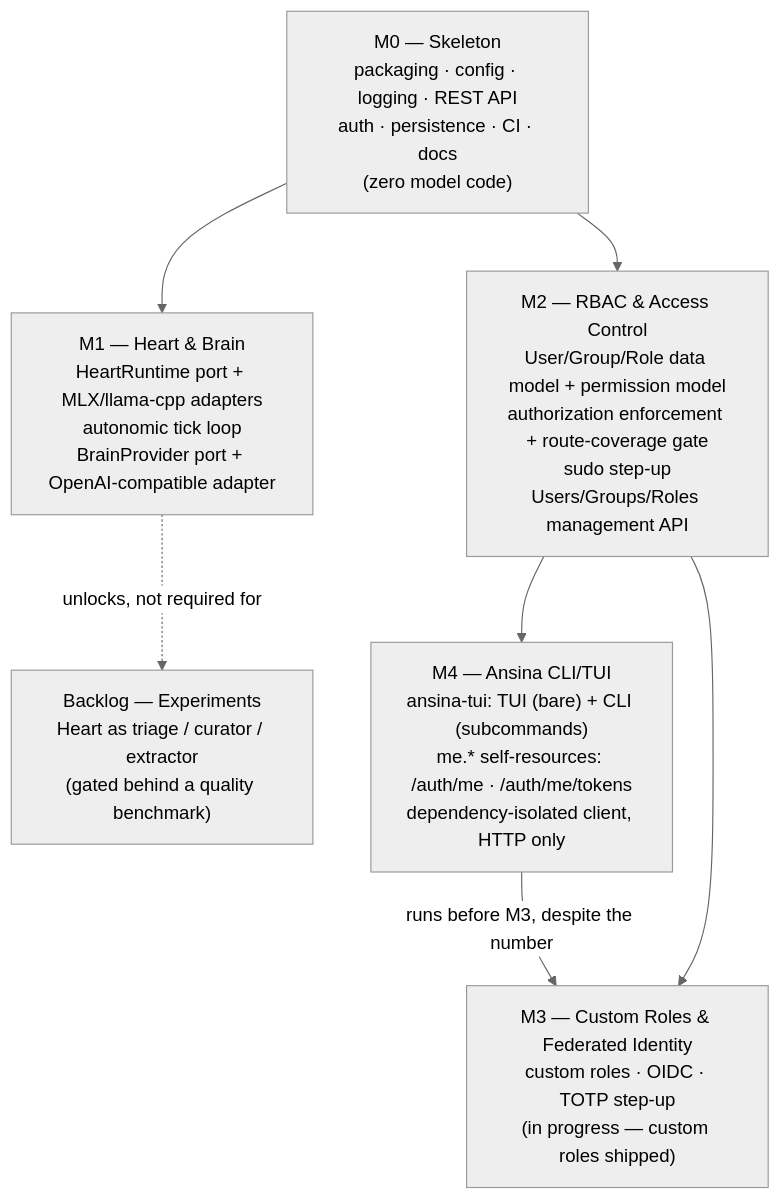
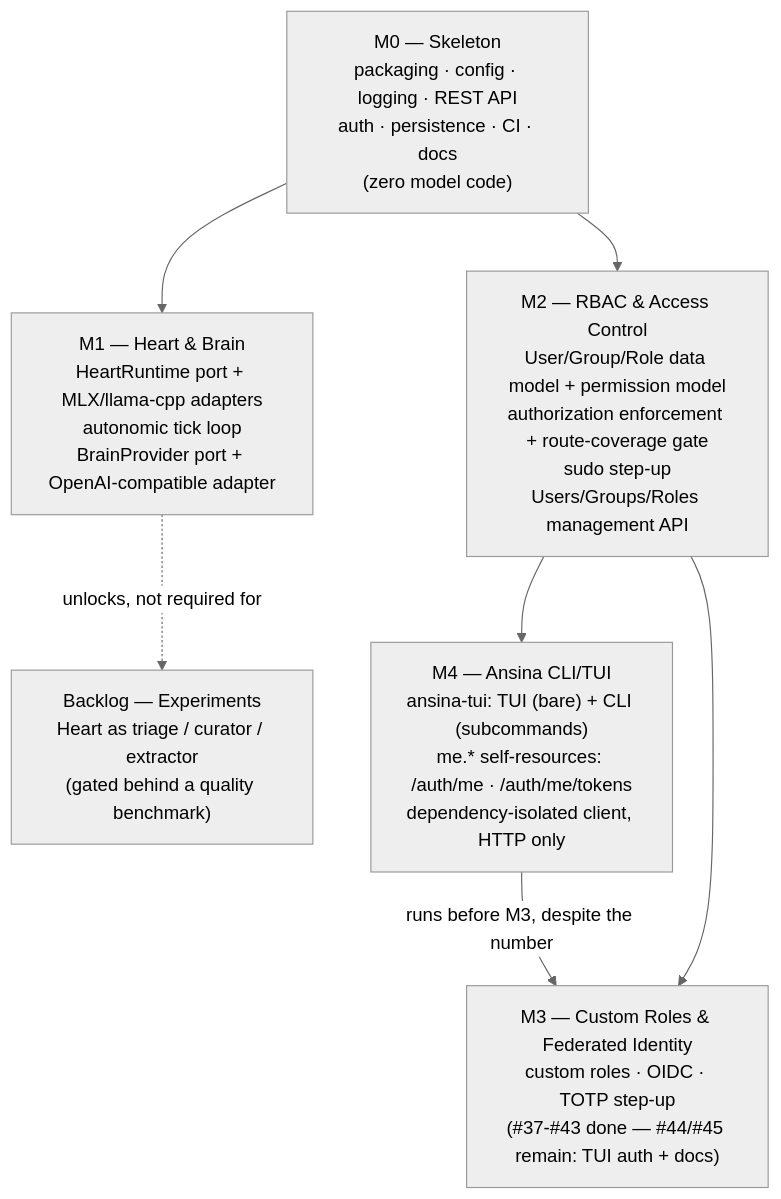
The second of 2 diagrams in docs/architecture/blueprint.md (giacchetta/ansina), drawn with Mermaid (neutral theme) before and after one commit. The commit also changed other lines of this file and 26 other files, not shown here.

Commit message:
feat: OAuth 2.0 / OIDC federated login (login exchange)

````diff
--- a/docs/architecture/blueprint.md
+++ b/docs/architecture/blueprint.md
@@ -182,15 +190,15 @@
 ```mermaid
 flowchart TD
     M0["M0 — Skeleton\npackaging · config · logging · REST API\nauth · persistence · CI · docs\n(zero model code)"]
     M1["M1 — Heart & Brain\nHeartRuntime port + MLX/llama-cpp adapters\nautonomic tick loop\nBrainProvider port + OpenAI-compatible adapter"]
     M2["M2 — RBAC & Access Control\nUser/Group/Role data model + permission model\nauthorization enforcement + route-coverage gate\nsudo step-up\nUsers/Groups/Roles management API"]
     M4["M4 — Ansina CLI/TUI\nansina-tui: TUI (bare) + CLI (subcommands)\nme.* self-resources: /auth/me · /auth/me/tokens\ndependency-isolated client, HTTP only"]
-    M3["M3 — Custom Roles & Federated Identity\ncustom roles · OIDC · TOTP step-up\n(in progress — custom roles shipped)"]
+    M3["M3 — Custom Roles & Federated Identity\ncustom roles · OIDC · TOTP step-up\n(#37-#43 done — #44/#45 remain: TUI auth + docs)"]
     BL["Backlog — Experiments\nHeart as triage / curator / extractor\n(gated behind a quality benchmark)"]
     M0 --> M1
     M0 --> M2
     M2 --> M4
     M4 -->|"runs before M3, despite the number"| M3
     M2 --> M3
     M1 -.unlocks, not required for.-> BL
 ```
````
